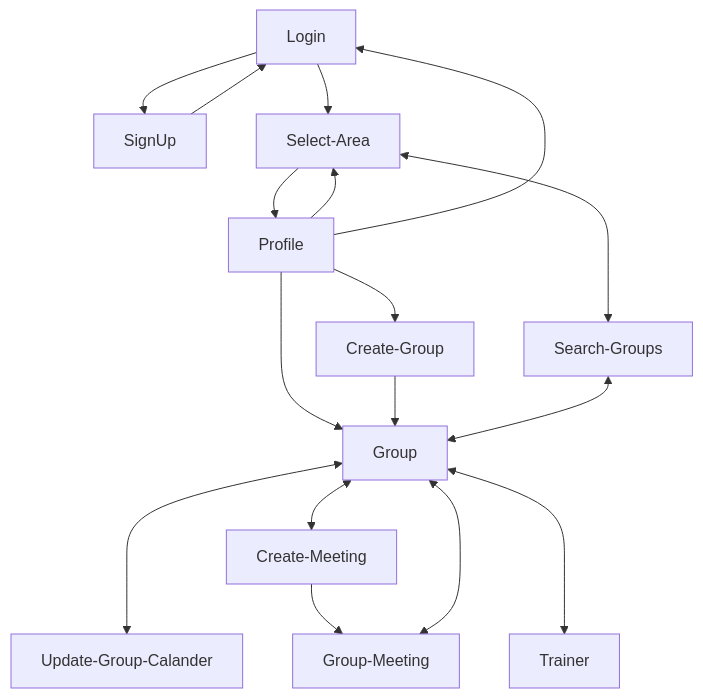
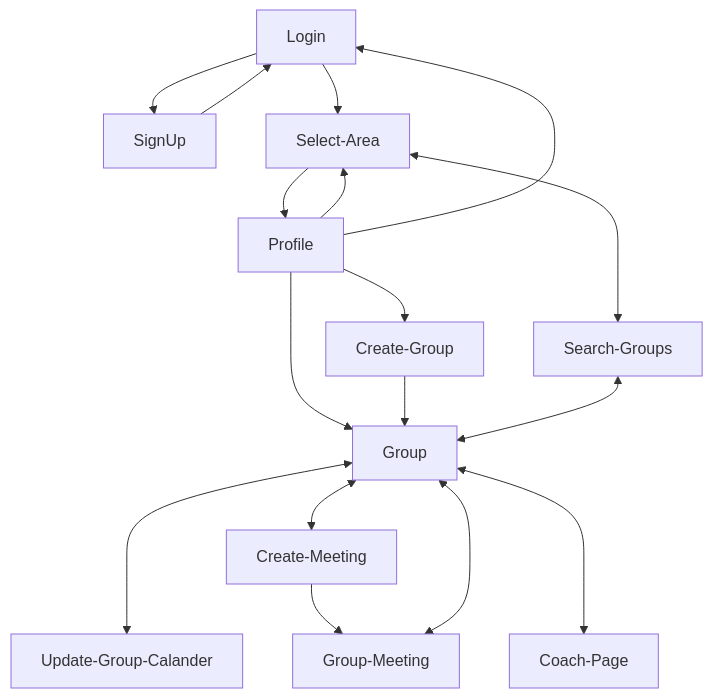
One commit to DorYanay/SoluTrain-Mobile-APP changed the third of 3 diagrams in README.md. Above: the diagram before and after it, drawn with Mermaid. The commit also changed other lines of this file and 13 other files, not shown here.

````diff
--- a/README.md
+++ b/README.md
@@ -157,15 +157,15 @@
 ```mermaid
 flowchart TD
   Login --> SignUp & Select-Area
   SignUp --> Login
   Select-Area --> Profile
   Profile --> Group & Select-Area
   Profile --> Login
   Profile --> Create-Group --> Group
   Group <---> Update-Group-Calander
   Group <--> Create-Meeting --> Group-Meeting
   Group <--> Group-Meeting
   Select-Area <--> Search-Groups
   Search-Groups <--> Group
-  Group <---> Trainer
+  Group <---> Coach-Page
 ```
````
